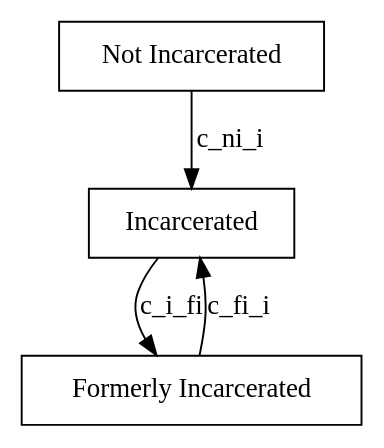
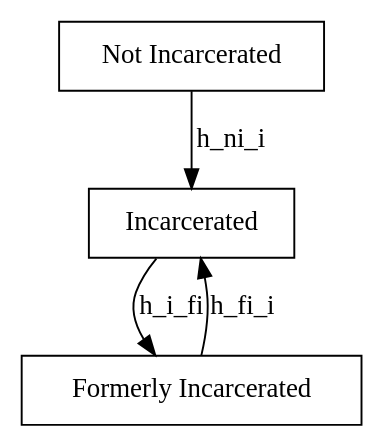
The second of 2 diagrams in docs/source/models/concept_models/vivarium_moud/concept_model.rst (ihmeuw/vivarium_research), drawn with Graphviz before and after one commit. The commit also changed other lines of this file, not shown here.

```diff
--- a/docs/source/models/concept_models/vivarium_moud/concept_model.rst
+++ b/docs/source/models/concept_models/vivarium_moud/concept_model.rst
@@ -151,14 +151,14 @@
 .. graphviz::
 
    digraph incarceration_model {
        rankdir = TD;
        node [shape=box];
 
        not_incarcerated [label="Not Incarcerated"];
        incarcerated [label="Incarcerated"];
        formerly_incarcerated [label="Formerly Incarcerated"];
 
-       not_incarcerated -> incarcerated [label="c_ni_i"];
-       incarcerated -> formerly_incarcerated [label="c_i_fi"];
-       formerly_incarcerated -> incarcerated [label="c_fi_i"];
+       not_incarcerated -> incarcerated [label="h_ni_i"];
+       incarcerated -> formerly_incarcerated [label="h_i_fi"];
+       formerly_incarcerated -> incarcerated [label="h_fi_i"];
    }
```
